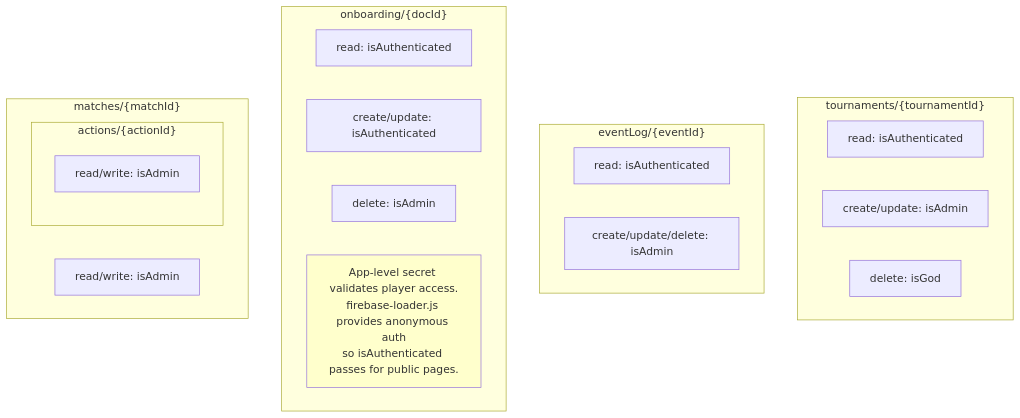
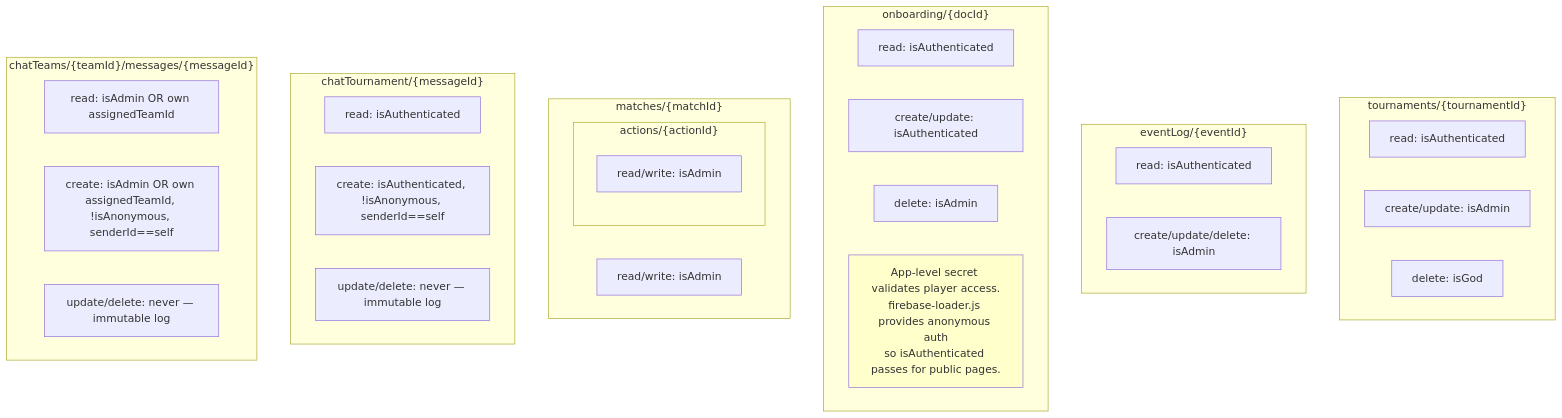
One commit to LNiitlahti/BoardGame changed the third of 5 diagrams in BoardGame/docs/architecture/firestore-rules.md. Above: the diagram before and after it, drawn with Mermaid. The commit also changed other lines of this file, not shown here.

Commit message:
Add Firestore rules for tournament and team chat rooms
firestore.rules itself is gitignored (contains security logic) so only
the architecture doc is tracked here; see task report for the rules
file's contents and how to sync it manually.

````diff
--- a/BoardGame/docs/architecture/firestore-rules.md
+++ b/BoardGame/docs/architecture/firestore-rules.md
@@ -70,29 +70,41 @@
 ```mermaid
 flowchart TD
     subgraph "tournaments/{tournamentId}"
         T_R["read: isAuthenticated"]
         T_CU["create/update: isAdmin"]
         T_D["delete: isGod"]
     end
 
     subgraph "eventLog/{eventId}"
         E_R["read: isAuthenticated"]
         E_CUD["create/update/delete: isAdmin"]
     end
 
     subgraph "onboarding/{docId}"
         O_R["read: isAuthenticated"]
         O_CU["create/update: isAuthenticated"]
         O_D["delete: isAdmin"]
         O_NOTE["App-level secret validates player access.<br/>firebase-loader.js provides anonymous auth<br/>so isAuthenticated passes for public pages."]
     end
 
     subgraph "matches/{matchId}"
         M_ALL["read/write: isAdmin"]
         subgraph "actions/{actionId}"
             A_ALL["read/write: isAdmin"]
         end
     end
 
+    subgraph "chatTournament/{messageId}"
+        CT_R["read: isAuthenticated"]
+        CT_C["create: isAuthenticated, !isAnonymous, senderId==self"]
+        CT_UD["update/delete: never — immutable log"]
+    end
+
+    subgraph "chatTeams/{teamId}/messages/{messageId}"
+        CTeam_R["read: isAdmin OR own assignedTeamId"]
+        CTeam_C["create: isAdmin OR own assignedTeamId, !isAnonymous, senderId==self"]
+        CTeam_UD["update/delete: never — immutable log"]
+    end
+
     style O_NOTE fill:#ffffcc
 ```
````
